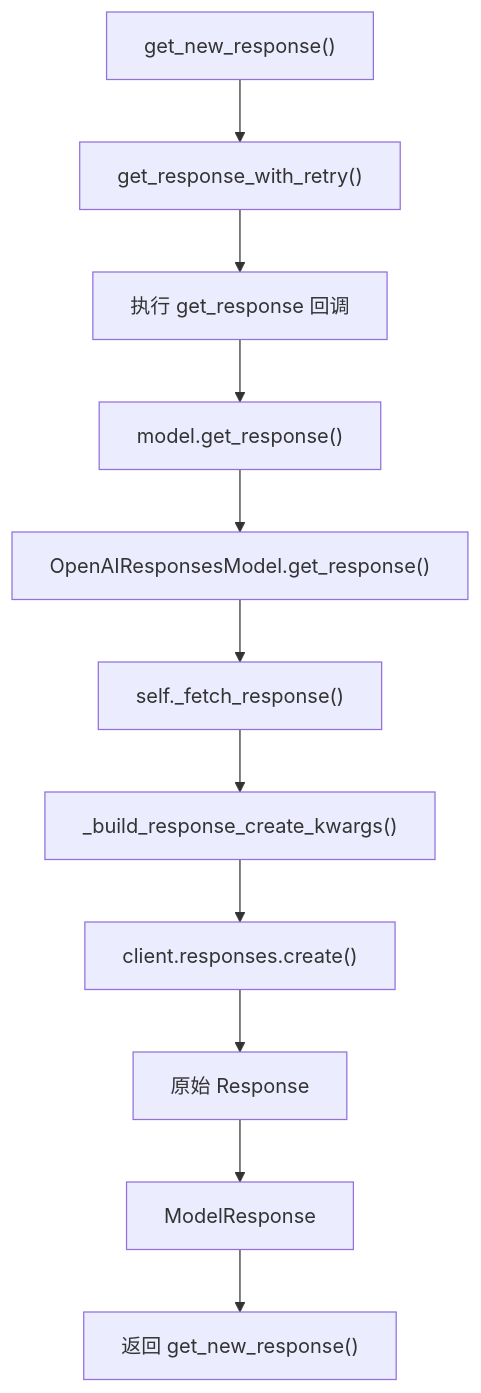
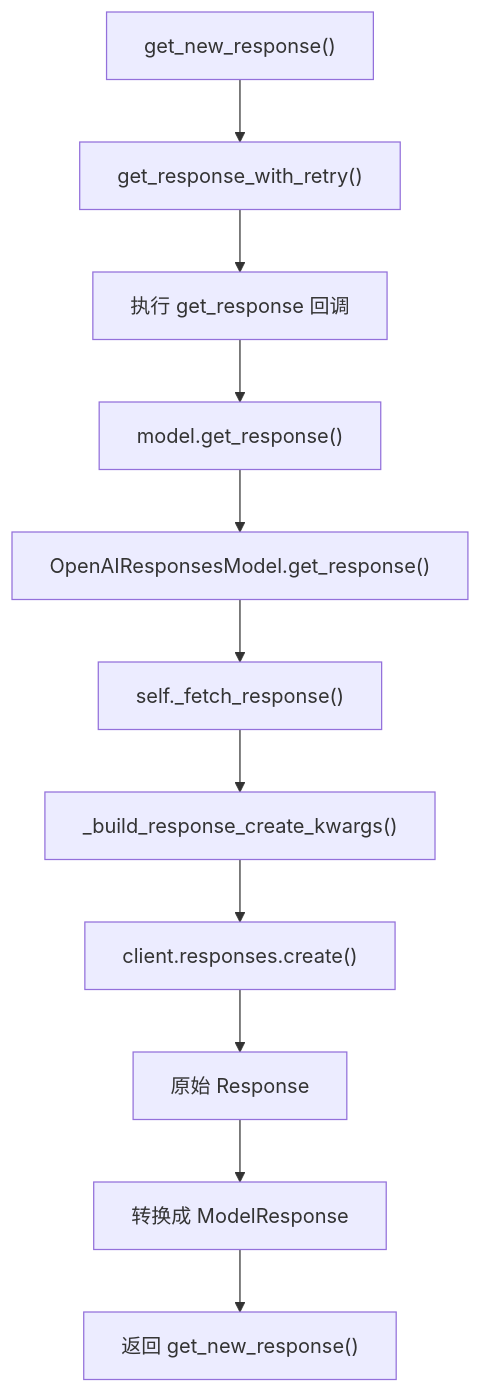
One commit to Codefreyy/openai-agents-sdk-learn changed the sixth of 7 diagrams in notes_optimized.md. Above: the diagram before and after it, drawn with Mermaid. The commit also changed other lines of this file and 2 other files, not shown here.

````diff
--- a/notes_optimized.md
+++ b/notes_optimized.md
@@ -672,18 +941,18 @@
 ```mermaid
 flowchart TD
     A["get_new_response()"]
     B["get_response_with_retry()"]
     C["执行 get_response 回调"]
     D["model.get_response()"]
     E["OpenAIResponsesModel.get_response()"]
     F["self._fetch_response()"]
     G["_build_response_create_kwargs()"]
     H["client.responses.create()"]
     I["原始 Response"]
-    J["ModelResponse"]
+    J["转换成 ModelResponse"]
     K["返回 get_new_response()"]
 
     A --> B --> C --> D --> E
     E --> F --> G --> H
     H --> I --> J --> K
 ```
````
